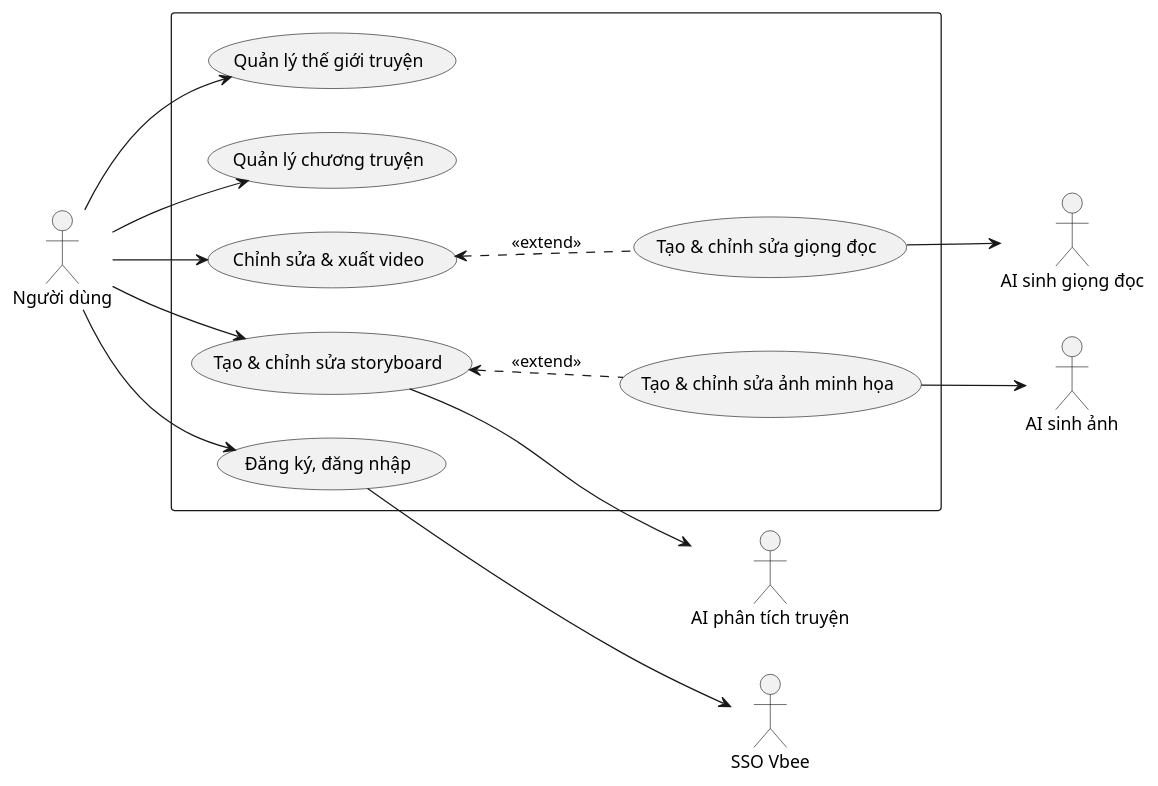
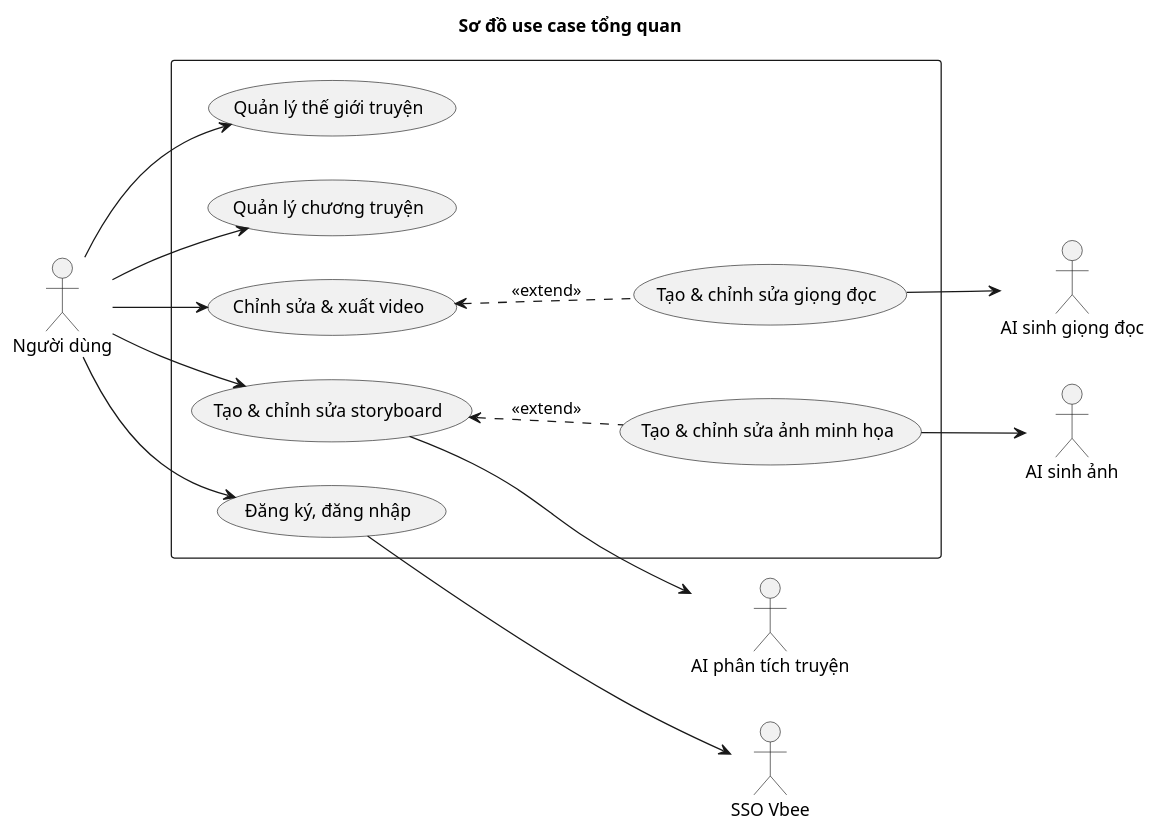
The diagram in docs/use-case-diagrams/overview.puml (202416852-anhpv/story2video-docs), drawn with PlantUML before and after one commit. The commit also changed 6 other files, not shown here.

Commit message:
docs: add titles to use case diagrams

```diff
--- a/docs/use-case-diagrams/overview.puml
+++ b/docs/use-case-diagrams/overview.puml
@@ -1,33 +1,34 @@
-@startuml overview
+@startuml
+title Sơ đồ use case tổng quan
 left to right direction
 
 actor "Người dùng" as User
 actor "SSO Vbee" as SSO
 actor "AI sinh giọng đọc" as AI_TTS
 actor "AI sinh ảnh" as AI_IMG
 actor "AI phân tích truyện" as AI_LLM
 
 rectangle {
     usecase "Quản lý thế giới truyện" as UC_01
     usecase "Quản lý chương truyện" as UC_02
     usecase "Đăng ký, đăng nhập" as UC_03
     usecase "Tạo & chỉnh sửa storyboard" as UC_04
     usecase "Chỉnh sửa & xuất video" as UC_05
     usecase "Tạo & chỉnh sửa ảnh minh họa" as UC_06
     usecase "Tạo & chỉnh sửa giọng đọc" as UC_07
 }
 
 User --> UC_01
 User --> UC_02
 User --> UC_03
 User --> UC_04
 User --> UC_05
 UC_03 --> SSO
 UC_06 --> AI_IMG
 UC_07 --> AI_TTS
 UC_04 --> AI_LLM
 
 UC_05 <.. UC_07 : <<extend>>
 UC_04 <.. UC_06 : <<extend>>
 
 @enduml
```
